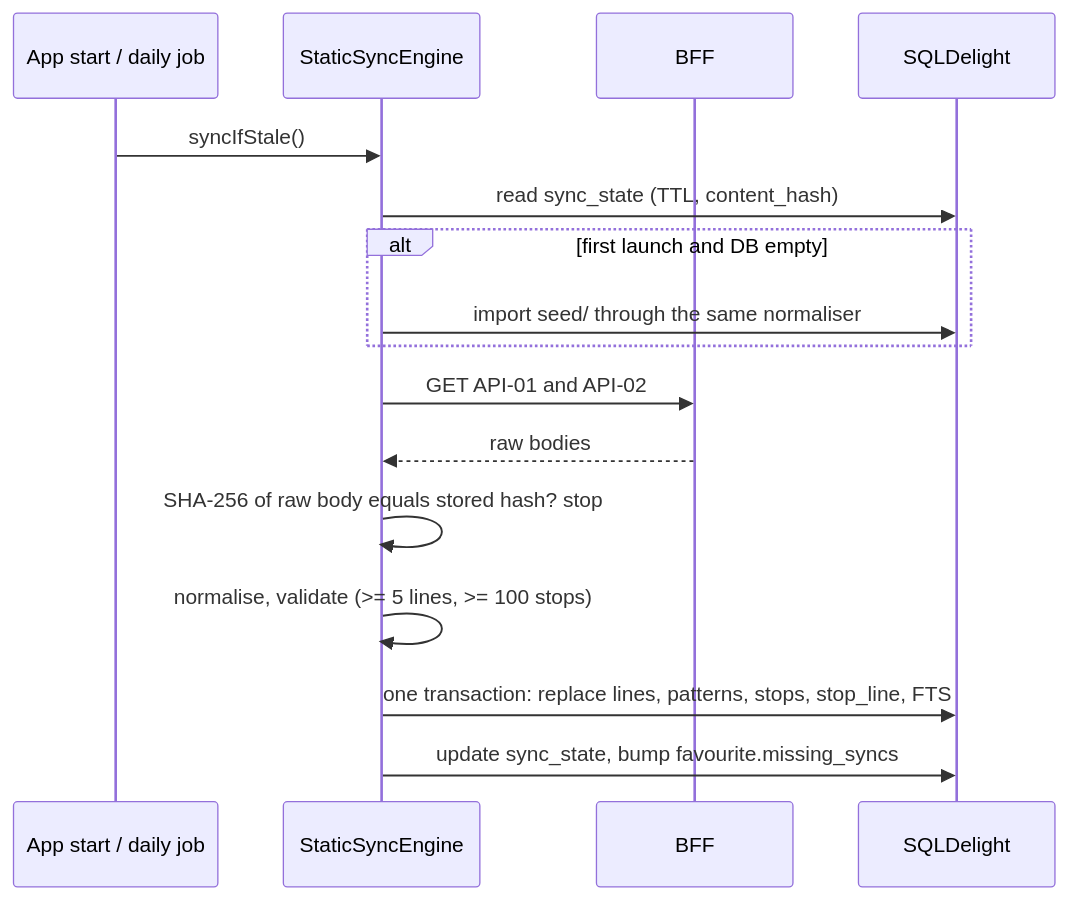
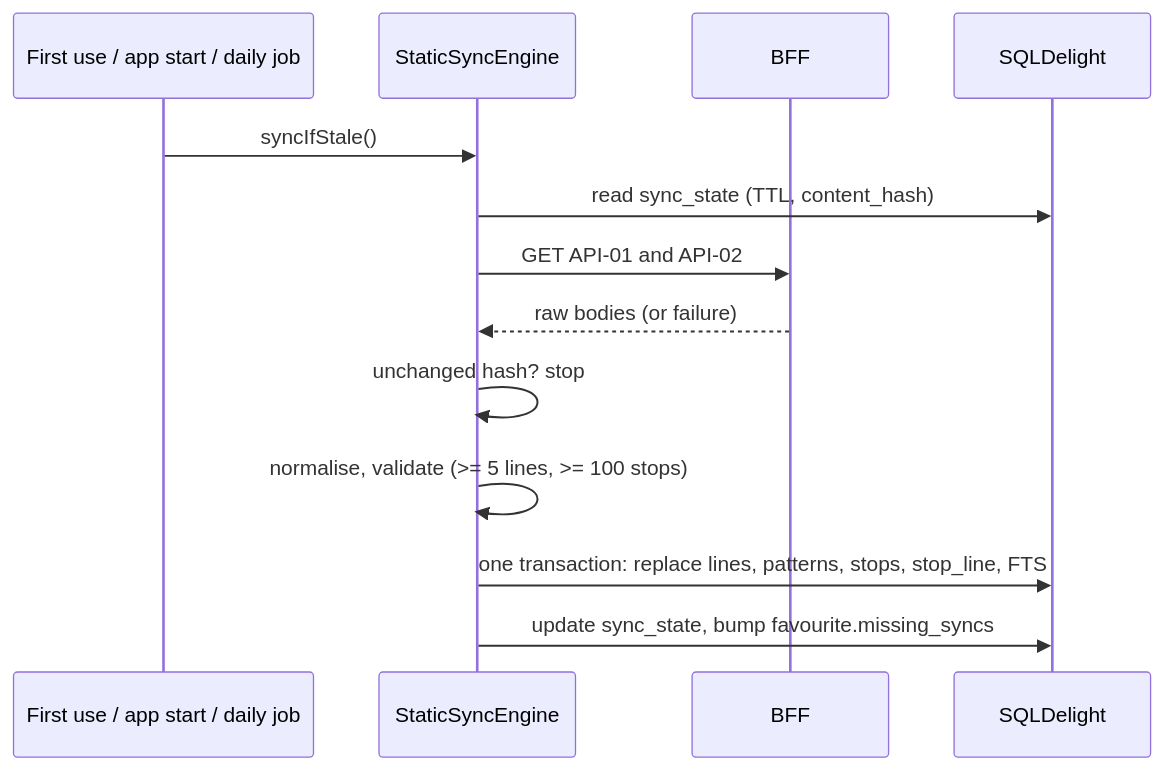
Before and after one commit to davidru85/LogroBus: the third of 4 diagrams in docs/architecture.md, drawn with Mermaid. The commit also changed other lines of this file and 30 other files, not shown here.

````diff
--- a/docs/architecture.md
+++ b/docs/architecture.md
@@ -133,18 +163,15 @@
 ```mermaid
 sequenceDiagram
-    participant App as App start / daily job
+    participant Trigger as First use / app start / daily job
     participant Sync as StaticSyncEngine
     participant API as BFF
     participant DB as SQLDelight
-    App->>Sync: syncIfStale()
+    Trigger->>Sync: syncIfStale()
     Sync->>DB: read sync_state (TTL, content_hash)
-    alt first launch and DB empty
-        Sync->>DB: import seed/ through the same normaliser
-    end
     Sync->>API: GET API-01 and API-02
-    API-->>Sync: raw bodies
-    Sync->>Sync: SHA-256 of raw body equals stored hash? stop
+    API-->>Sync: raw bodies (or failure)
+    Sync->>Sync: unchanged hash? stop
     Sync->>Sync: normalise, validate (>= 5 lines, >= 100 stops)
     Sync->>DB: one transaction: replace lines, patterns, stops, stop_line, FTS
     Sync->>DB: update sync_state, bump favourite.missing_syncs
 ```
````
